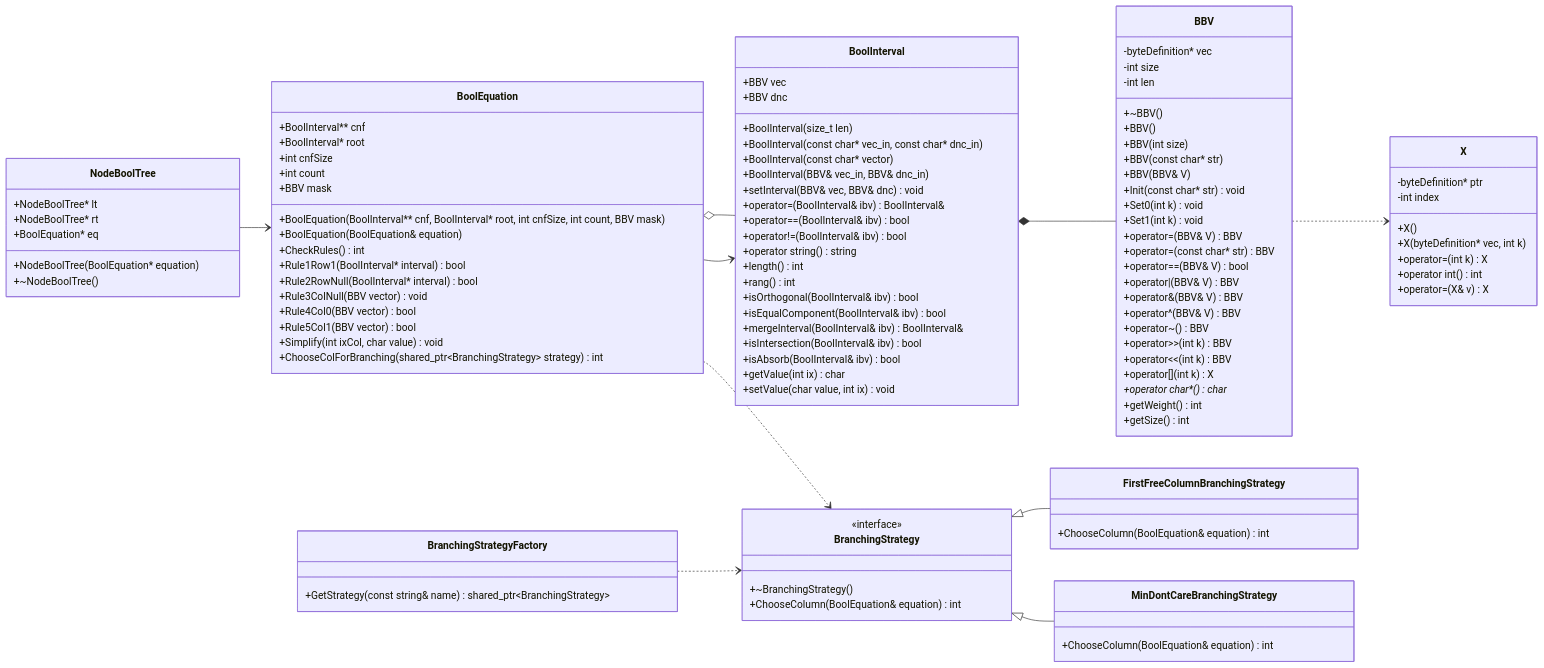
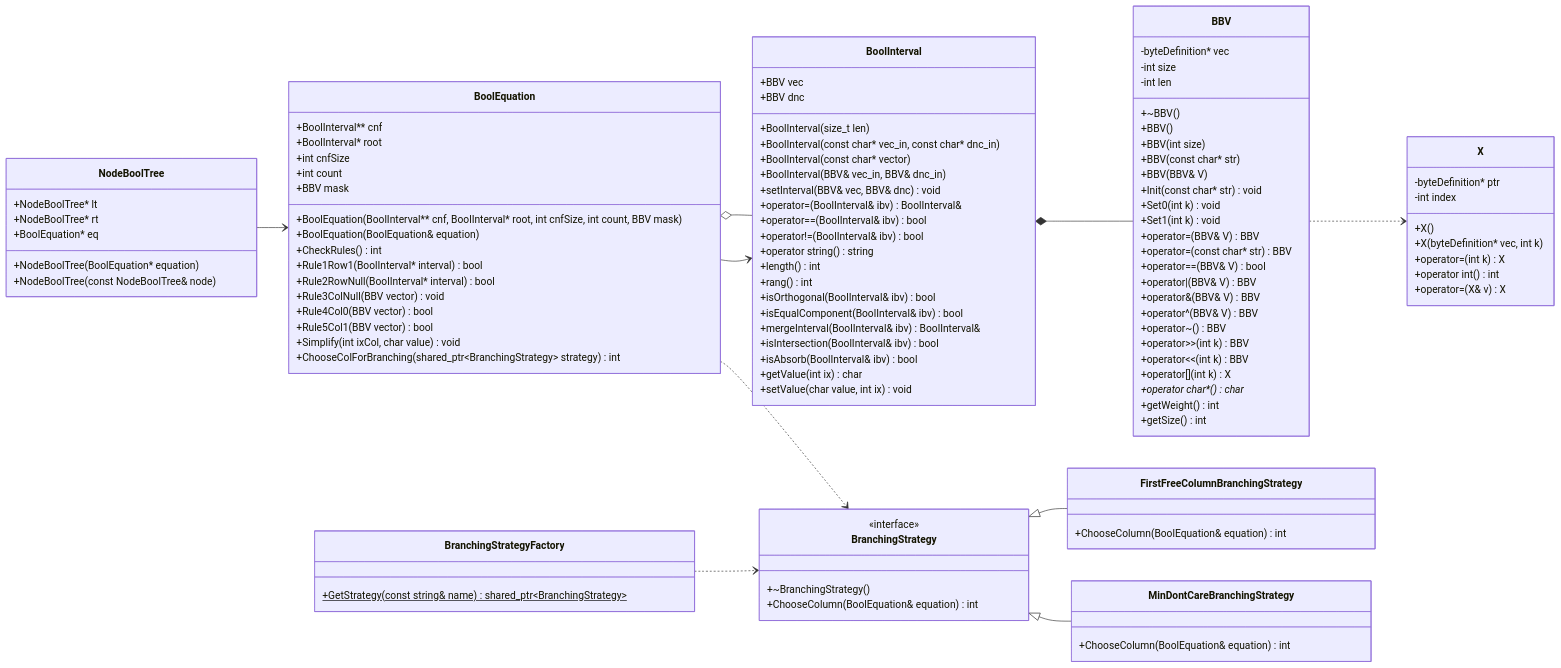
One commit to artoshechka/development_of_information_security_tools_lab_2 changed the diagram in README.md. Above: the diagram before and after it, drawn with Mermaid. The commit also changed other lines of this file, not shown here.

```diff
--- a/README.md
+++ b/README.md
@@ -98,7 +98,7 @@
 	+ChooseColumn(BoolEquation& equation) int
 }
 class BranchingStrategyFactory {
-	+GetStrategy(const string& name) shared_ptr~BranchingStrategy~
+	+GetStrategy(const string& name)$ shared_ptr~BranchingStrategy~
 }
 class FirstFreeColumnBranchingStrategy {
 	+ChooseColumn(BoolEquation& equation) int
@@ -108,7 +108,7 @@
 }
 class NodeBoolTree {
 	+NodeBoolTree(BoolEquation* equation)
-	+~NodeBoolTree()
+	+NodeBoolTree(const NodeBoolTree& node)
 	+NodeBoolTree* lt
 	+NodeBoolTree* rt
 	+BoolEquation* eq
```
